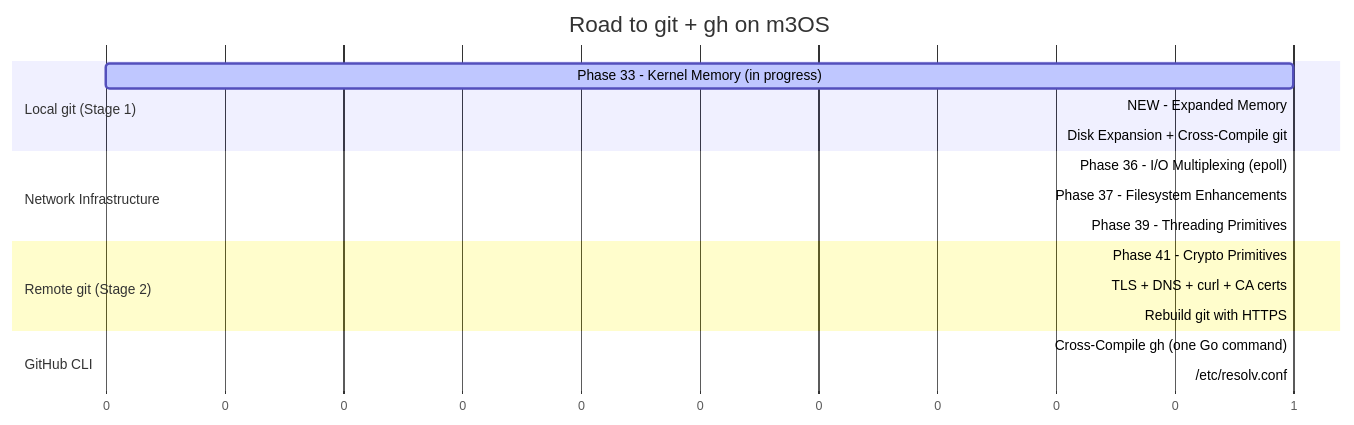
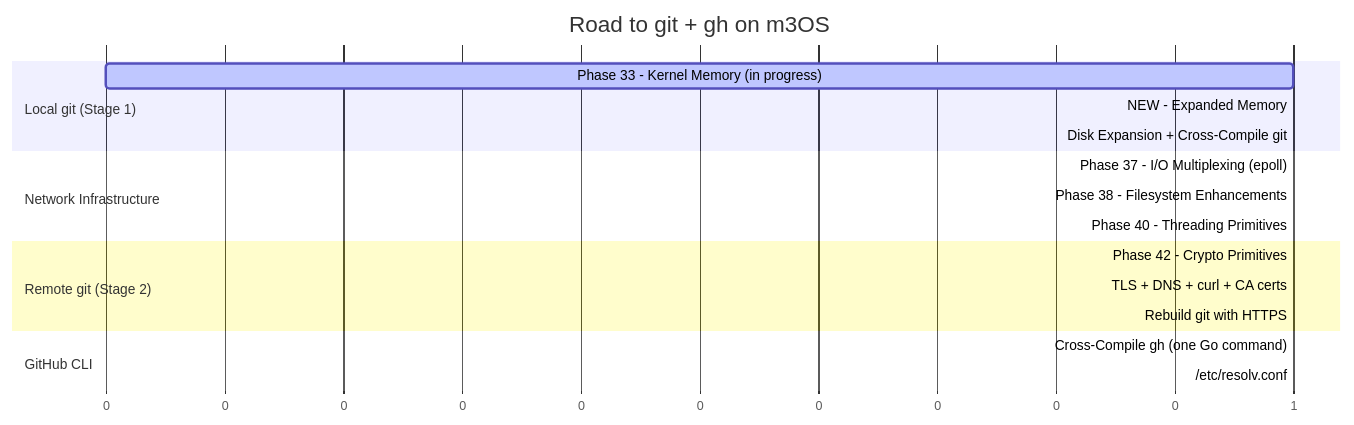
Before and after one commit to mikecubed/m3OS: the fifth of 5 diagrams in docs/github-cli-roadmap.md, drawn with Mermaid. The commit also changed other lines of this file and 34 other files, not shown here.

````diff
--- a/docs/github-cli-roadmap.md
+++ b/docs/github-cli-roadmap.md
@@ -413,25 +413,25 @@
 ```mermaid
 gantt
     title Road to git + gh on m3OS
     dateFormat X
     axisFormat %s
 
     section Local git (Stage 1)
     Phase 33 - Kernel Memory (in progress)     :active, p33, 0, 1
     NEW - Expanded Memory                      :crit, em, after p33, 1
     Disk Expansion + Cross-Compile git         :git1, after em, 1
 
     section Network Infrastructure
-    Phase 36 - I/O Multiplexing (epoll)        :crit, p36, after em, 1
-    Phase 37 - Filesystem Enhancements         :p37, after em, 1
-    Phase 39 - Threading Primitives            :crit, p39, after p36, 1
+    Phase 37 - I/O Multiplexing (epoll)        :crit, p36, after em, 1
+    Phase 38 - Filesystem Enhancements         :p37, after em, 1
+    Phase 40 - Threading Primitives            :crit, p39, after p36, 1
 
     section Remote git (Stage 2)
-    Phase 41 - Crypto Primitives               :p41, after p39, 1
+    Phase 42 - Crypto Primitives               :p41, after p39, 1
     TLS + DNS + curl + CA certs                :crit, tls, after p41, 1
     Rebuild git with HTTPS                     :git2, after tls, 1
 
     section GitHub CLI
     Cross-Compile gh (one Go command)          :gh, after p39, 1
     /etc/resolv.conf                           :resolv, after gh, 1
 ```
````
